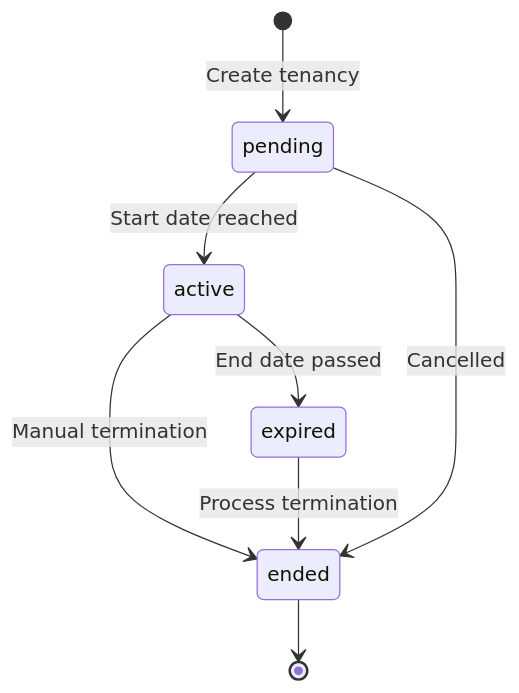
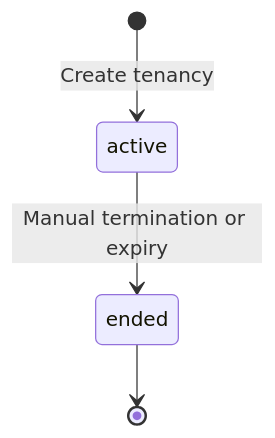
Diagram 11 of 17 in docs/projectsummary/BUSINESS_LOGIC.md (luisosena/estate), drawn with Mermaid before and after one commit. The commit also changed other lines of this file and 9 other files, not shown here.

````diff
--- a/docs/projectsummary/BUSINESS_LOGIC.md
+++ b/docs/projectsummary/BUSINESS_LOGIC.md
@@ -933,10 +923,6 @@
 ```mermaid
 stateDiagram-v2
-    [*] --> pending: Create tenancy
-    pending --> active: Start date reached
-    active --> expired: End date passed
-    active --> ended: Manual termination
-    expired --> ended: Process termination
+    [*] --> active: Create tenancy
+    active --> ended: Manual termination or expiry
     ended --> [*]
-    pending --> ended: Cancelled
 ```
````
